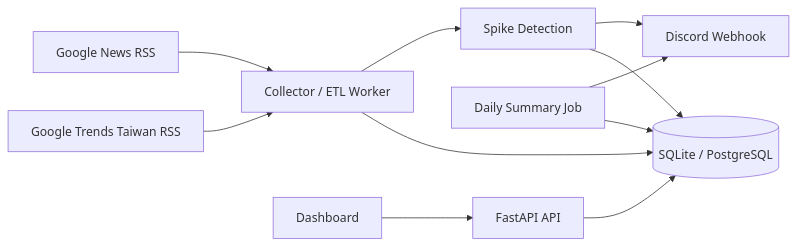
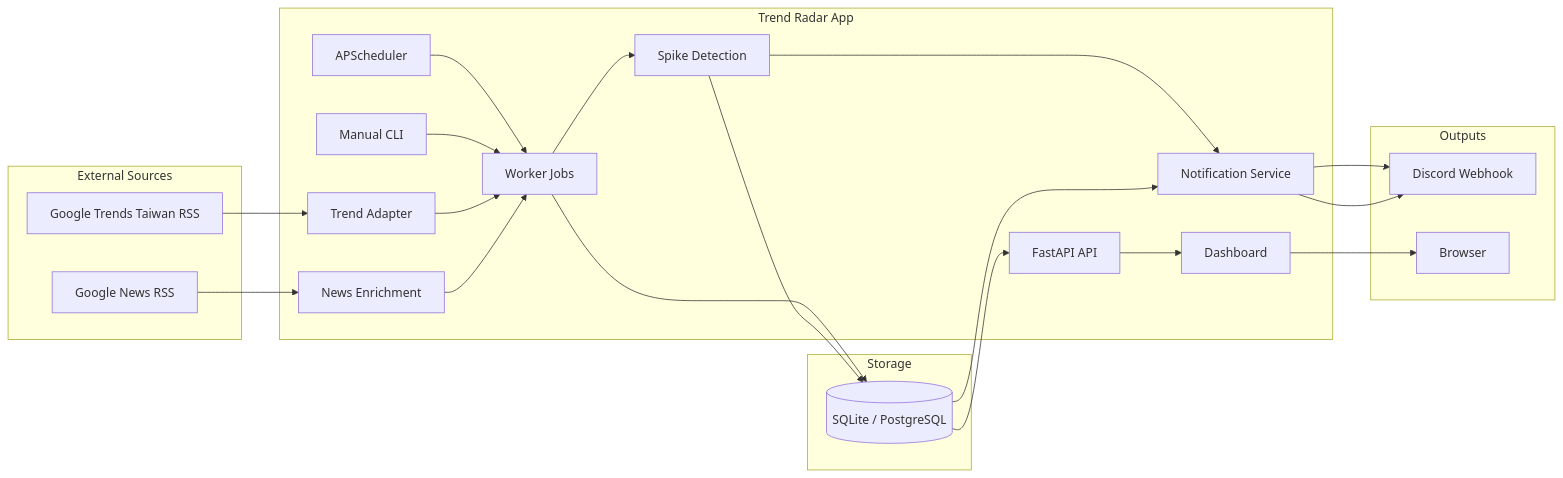
One commit to shawnyii/trend-radar changed the diagram in README.md. Above: the diagram before and after it, drawn with Mermaid. The commit also changed other lines of this file, not shown here.

Commit message:
Improve README architecture diagram

````diff
--- a/README.md
+++ b/README.md
@@ -37,13 +37,39 @@
 ```mermaid
 flowchart LR
-    GT[Google Trends Taiwan RSS] --> C[Collector / ETL Worker]
-    GN[Google News RSS] --> C
-    C --> DB[(SQLite / PostgreSQL)]
-    C --> D[Spike Detection]
-    D --> DB
-    D --> DC[Discord Webhook]
-    S[Daily Summary Job] --> DB
-    S --> DC
-    API[FastAPI API] --> DB
-    UI[Dashboard] --> API
+    subgraph Sources[External Sources]
+        GT[Google Trends Taiwan RSS]
+        GN[Google News RSS]
+    end
+
+    subgraph App[Trend Radar App]
+        Scheduler[APScheduler]
+        CLI[Manual CLI]
+        Jobs[Worker Jobs]
+        Adapter[Trend Adapter]
+        News[News Enrichment]
+        Detect[Spike Detection]
+        Notify[Notification Service]
+        API[FastAPI API]
+        Dashboard[Dashboard]
+    end
+
+    subgraph Storage[Storage]
+        DB[(SQLite / PostgreSQL)]
+    end
+
+    subgraph Outputs[Outputs]
+        Discord[Discord Webhook]
+        Browser[Browser]
+    end
+
+    Scheduler --> Jobs
+    CLI --> Jobs
+    GT --> Adapter --> Jobs
+    GN --> News --> Jobs
+    Jobs --> DB
+    Jobs --> Detect --> DB
+    Detect --> Notify --> Discord
+    DB --> Notify
+    Notify --> Discord
+    DB --> API --> Dashboard --> Browser
 ```
````
